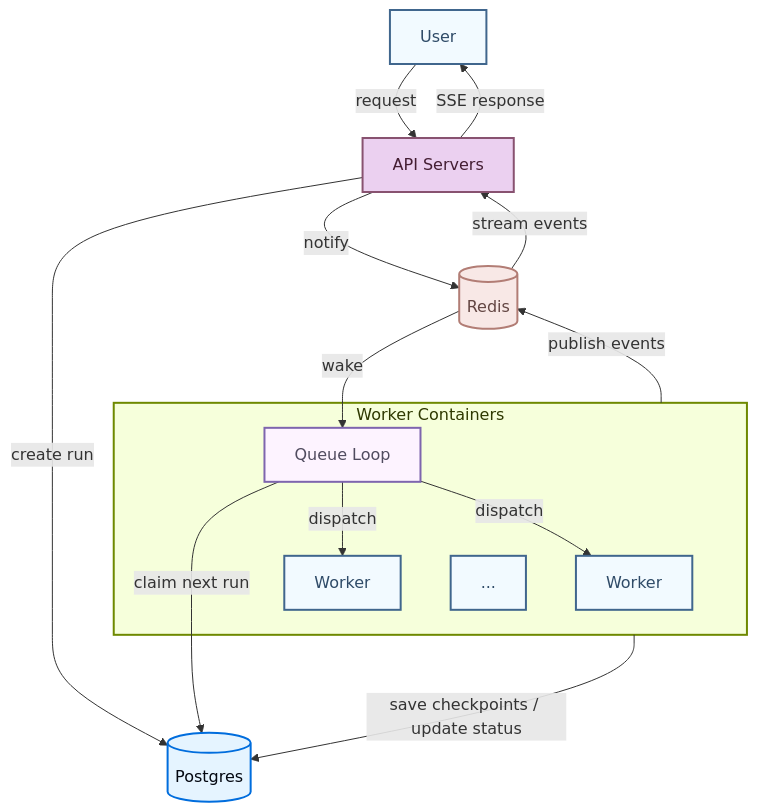
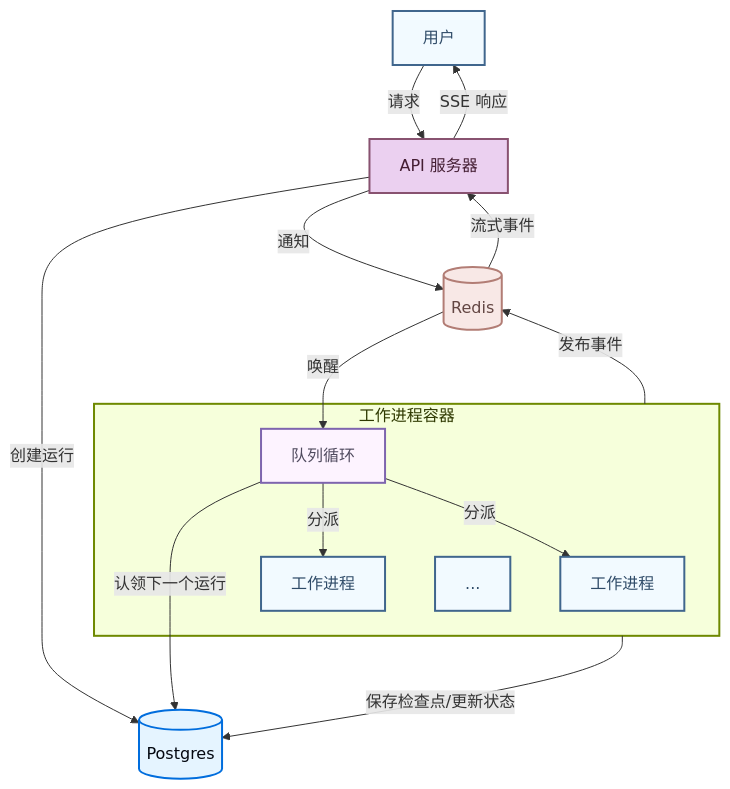
Before and after one commit to kunfan96/cndocs-langchain: the diagram in langsmith/agent-server.mdx, drawn with Mermaid. The commit also changed other lines of this file and 2498 other files, not shown here.

````diff
--- a/langsmith/agent-server.mdx
+++ b/langsmith/agent-server.mdx
@@ -96,41 +96,41 @@
 ```mermaid
 flowchart TB
-    User["User"]
+    User["用户"]
 
-    API["API Servers"]
+    API["API 服务器"]
 
-    subgraph WorkerContainer["Worker Containers"]
-        QueueLoop["Queue Loop"]
-        W1["Worker"]
-        W2["Worker"]
+    subgraph WorkerContainer["工作进程容器"]
+        QueueLoop["队列循环"]
+        W1["工作进程"]
+        W2["工作进程"]
         Wn["..."]
-        QueueLoop -->|dispatch| W1
-        QueueLoop -->|dispatch| W2
+        QueueLoop -->|分派| W1
+        QueueLoop -->|分派| W2
     end
 
     DB[(Postgres)]
     Redis[(Redis)]
 
-    User -->|request| API
-    API -->|create run| DB
-    API -->|notify| Redis
+    User -->|请求| API
+    API -->|创建运行| DB
+    API -->|通知| Redis
 
-    Redis -->|wake| QueueLoop
-    QueueLoop -->|claim next run| DB
+    Redis -->|唤醒| QueueLoop
+    QueueLoop -->|认领下一个运行| DB
 
-    WorkerContainer -->|save checkpoints / update status| DB
-    WorkerContainer -->|publish events| Redis
+    WorkerContainer -->|保存检查点/更新状态| DB
+    WorkerContainer -->|发布事件| Redis
 
-    Redis -->|stream events| API
-    API -->|SSE response| User
+    Redis -->|流式事件| API
+    API -->|SSE 响应| User
 
     style User fill:#F2FAFF,stroke:#40668D,stroke-width:2px,color:#2F4B68
     style API fill:#EBD0F0,stroke:#885270,stroke-width:2px,color:#441E33
     style DB fill:#E5F4FF,stroke:#006DDD,stroke-width:2px,color:#030710
     style Redis fill:#F8E8E6,stroke:#B27D75,stroke-width:2px,color:#634643
     style WorkerContainer fill:#F6FFDB,stroke:#6E8900,stroke-width:2px,color:#2E3900
     style QueueLoop fill:#FDF3FF,stroke:#7E65AE,stroke-width:2px,color:#504B5F
     style W1 fill:#F2FAFF,stroke:#40668D,stroke-width:2px,color:#2F4B68
     style W2 fill:#F2FAFF,stroke:#40668D,stroke-width:2px,color:#2F4B68
     style Wn fill:#F2FAFF,stroke:#40668D,stroke-width:2px,color:#2F4B68
 ```
````
